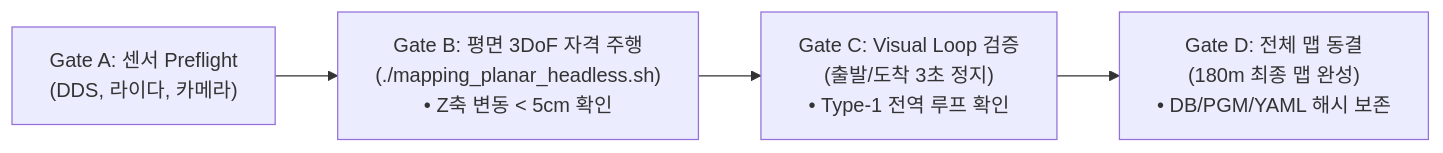
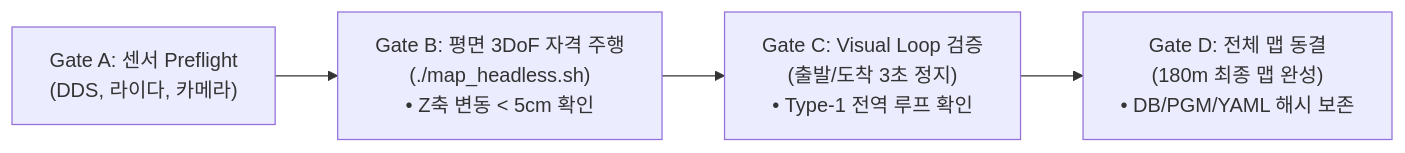
One commit to CGV-HGU/go2_ws changed the fifth of 5 diagrams in docs/master_plan/daily_progress/[2026-08-27_목요일]_오후_실물맵핑_센서브릿지_Z축발산원인규명_및_4Tier무구동계약검증_전수분석로그.md. Above: the diagram before and after it, drawn with Mermaid. The commit also changed other lines of this file and 58 other files, not shown here.

Commit message:
feat(mapping & pixnav): unify mapping scripts into run_map.sh/map_headless.sh, add pixnav qualification checkers, and update master plan docs

````diff
--- a/docs/master_plan/daily_progress/[2026-08-27_목요일]_오후_실물맵핑_센서브릿지_Z축발산원인규명_및_4Tier무구동계약검증_전수분석로그.md
+++ b/docs/master_plan/daily_progress/[2026-08-27_목요일]_오후_실물맵핑_센서브릿지_Z축발산원인규명_및_4Tier무구동계약검증_전수분석로그.md
@@ -159,5 +159,5 @@
 ```mermaid
 graph LR
-    G1["Gate A: 센서 Preflight<br/>(DDS, 라이다, 카메라)"] --> G2["Gate B: 평면 3DoF 자격 주행<br/>(./mapping_planar_headless.sh)<br/>• Z축 변동 < 5cm 확인"]
+    G1["Gate A: 센서 Preflight<br/>(DDS, 라이다, 카메라)"] --> G2["Gate B: 평면 3DoF 자격 주행<br/>(./map_headless.sh)<br/>• Z축 변동 < 5cm 확인"]
     G2 --> G3["Gate C: Visual Loop 검증<br/>(출발/도착 3초 정지)<br/>• Type-1 전역 루프 확인"] --> G4["Gate D: 전체 맵 동결<br/>(180m 최종 맵 완성)<br/>• DB/PGM/YAML 해시 보존"]
 ```
````
